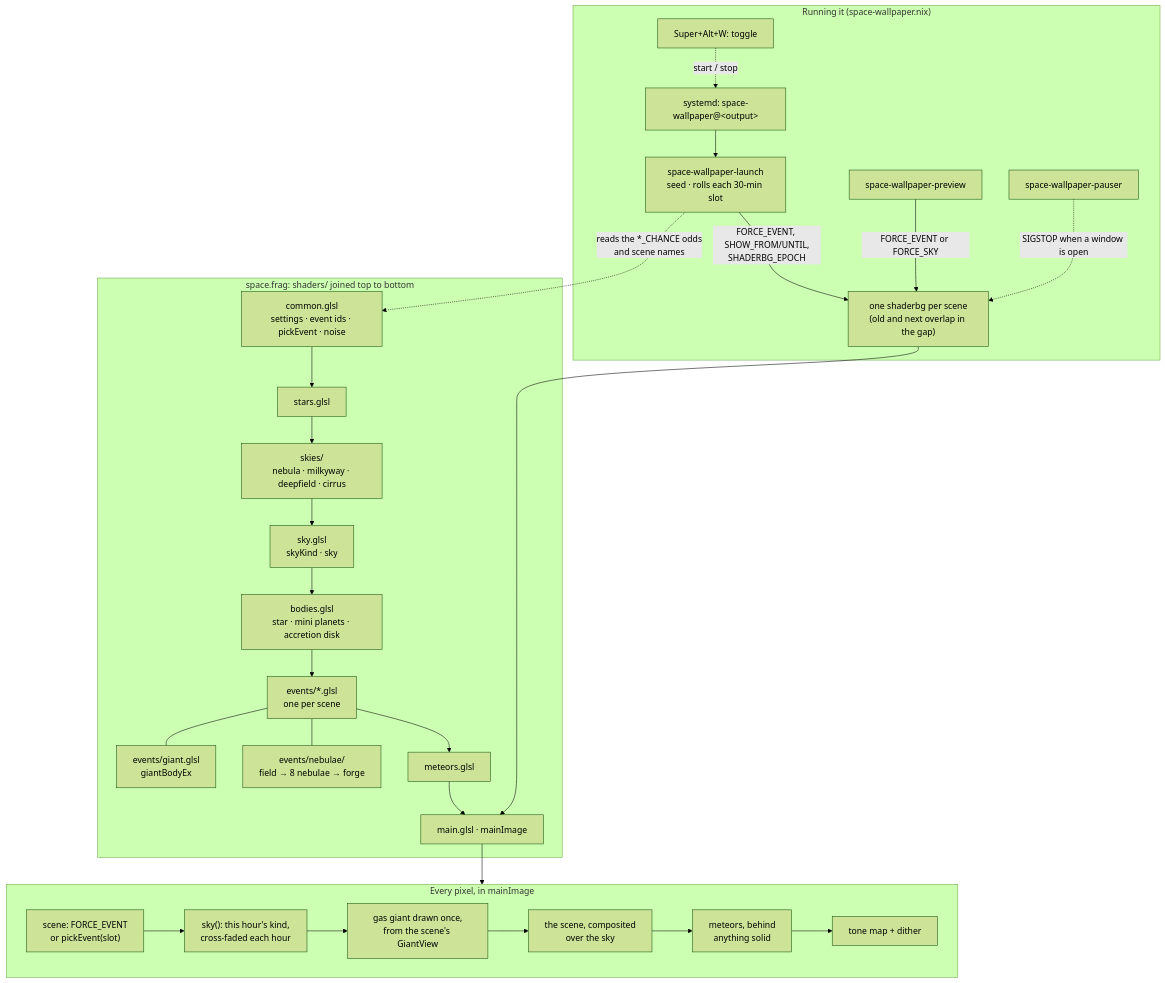
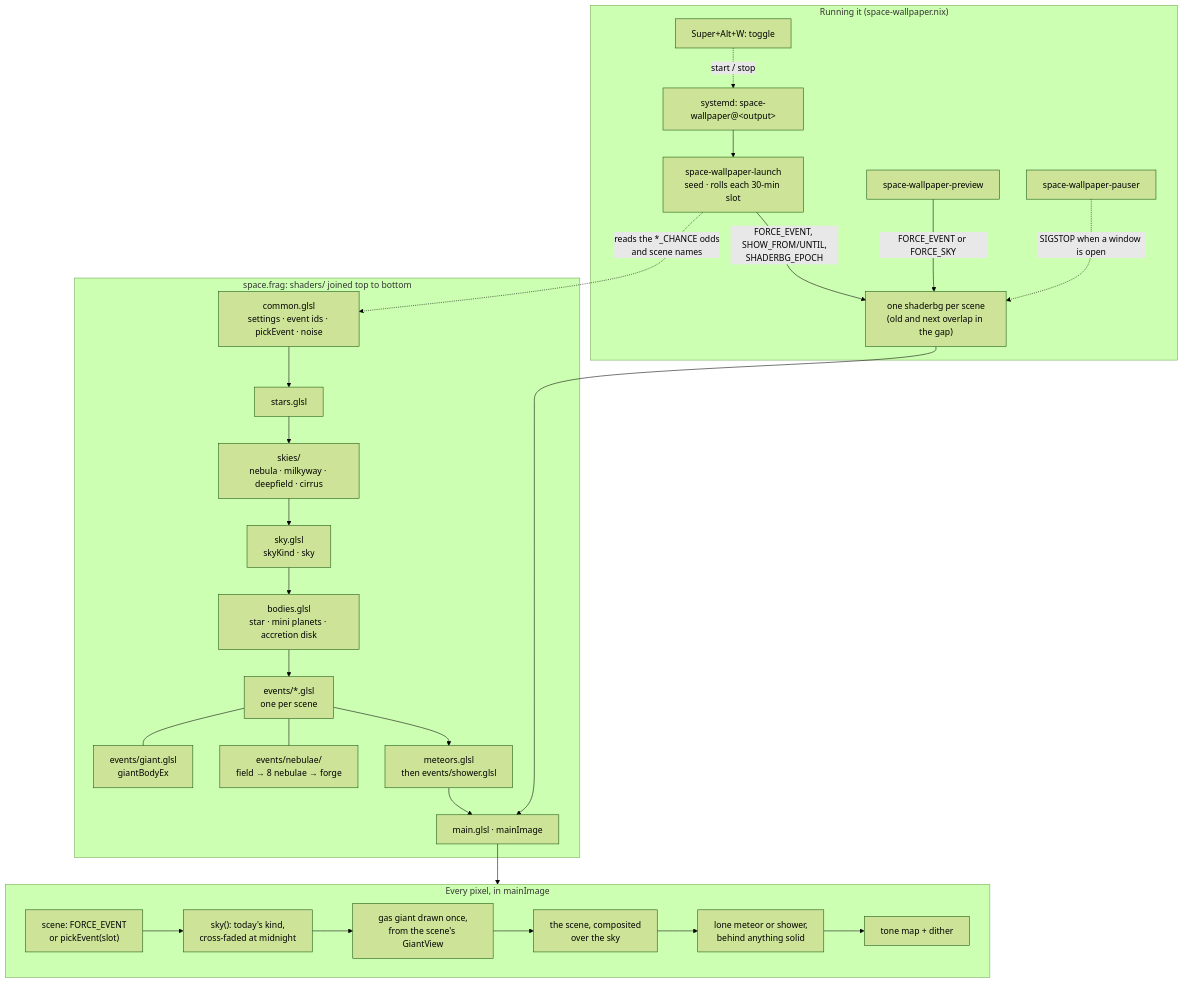
Before and after one commit to JonnyDeates/jon-koi-os: the diagram in modules/home/hyprland/shaders/README.md, drawn with Mermaid (forest theme). The commit also changed other lines of this file and 7 other files, not shown here.

First line of the commit message:
Space wallpaper: meteor shower scene, rare lone meteors, daily sky

````diff
--- a/modules/home/hyprland/shaders/README.md
+++ b/modules/home/hyprland/shaders/README.md
@@ -78,39 +79,39 @@
 ```mermaid
 flowchart TB
     subgraph run["Running it (space-wallpaper.nix)"]
         unit["systemd: space-wallpaper@#lt;output#gt;"] --> launch["space-wallpaper-launch<br/>seed · rolls each 30-min slot"]
         launch -- "FORCE_EVENT, SHOW_FROM/UNTIL,<br/>SHADERBG_EPOCH" --> procs["one shaderbg per scene<br/>(old and next overlap in the gap)"]
         preview["space-wallpaper-preview"] -- "FORCE_EVENT or FORCE_SKY" --> procs
         pauser["space-wallpaper-pauser"] -. "SIGSTOP when a window is open" .-> procs
         toggle["Super+Alt+W: toggle"] -. "start / stop" .-> unit
     end
 
     subgraph frag["space.frag: shaders/ joined top to bottom"]
         common["common.glsl<br/>settings · event ids · pickEvent · noise"]
         stars["stars.glsl"]
         skies["skies/<br/>nebula · milkyway · deepfield · cirrus"]
         skyf["sky.glsl<br/>skyKind · sky"]
         bodies["bodies.glsl<br/>star · mini planets · accretion disk"]
         events["events/*.glsl<br/>one per scene"]
         giant["events/giant.glsl<br/>giantBodyEx"]
         nebulae["events/nebulae/<br/>field → 8 nebulae → forge"]
-        meteors["meteors.glsl"]
+        meteors["meteors.glsl<br/>then events/shower.glsl"]
         main["main.glsl · mainImage"]
         common --> stars --> skies --> skyf --> bodies --> events --> meteors --> main
         events --- giant
         events --- nebulae
     end
 
     launch -. "reads the *_CHANCE odds<br/>and scene names" .-> common
     procs --> main
 
     subgraph pixel["Every pixel, in mainImage"]
         direction LR
-        pick["scene: FORCE_EVENT<br/>or pickEvent(slot)"] --> bg["sky(): this hour's kind,<br/>cross-faded each hour"]
+        pick["scene: FORCE_EVENT<br/>or pickEvent(slot)"] --> bg["sky(): today's kind,<br/>cross-faded at midnight"]
         bg --> gv["gas giant drawn once,<br/>from the scene's GiantView"]
         gv --> scene["the scene, composited<br/>over the sky"]
-        scene --> met["meteors, behind<br/>anything solid"]
+        scene --> met["lone meteor or shower,<br/>behind anything solid"]
         met --> tone["tone map + dither"]
     end
     main --> pixel
 ```
````
